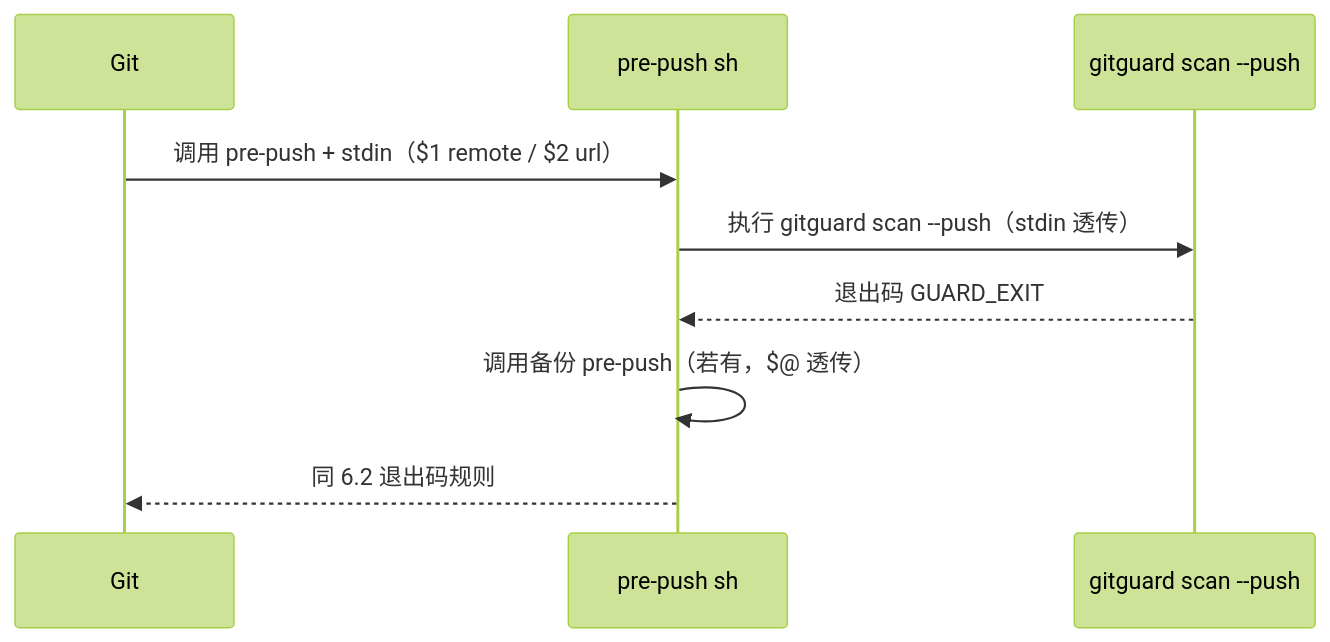
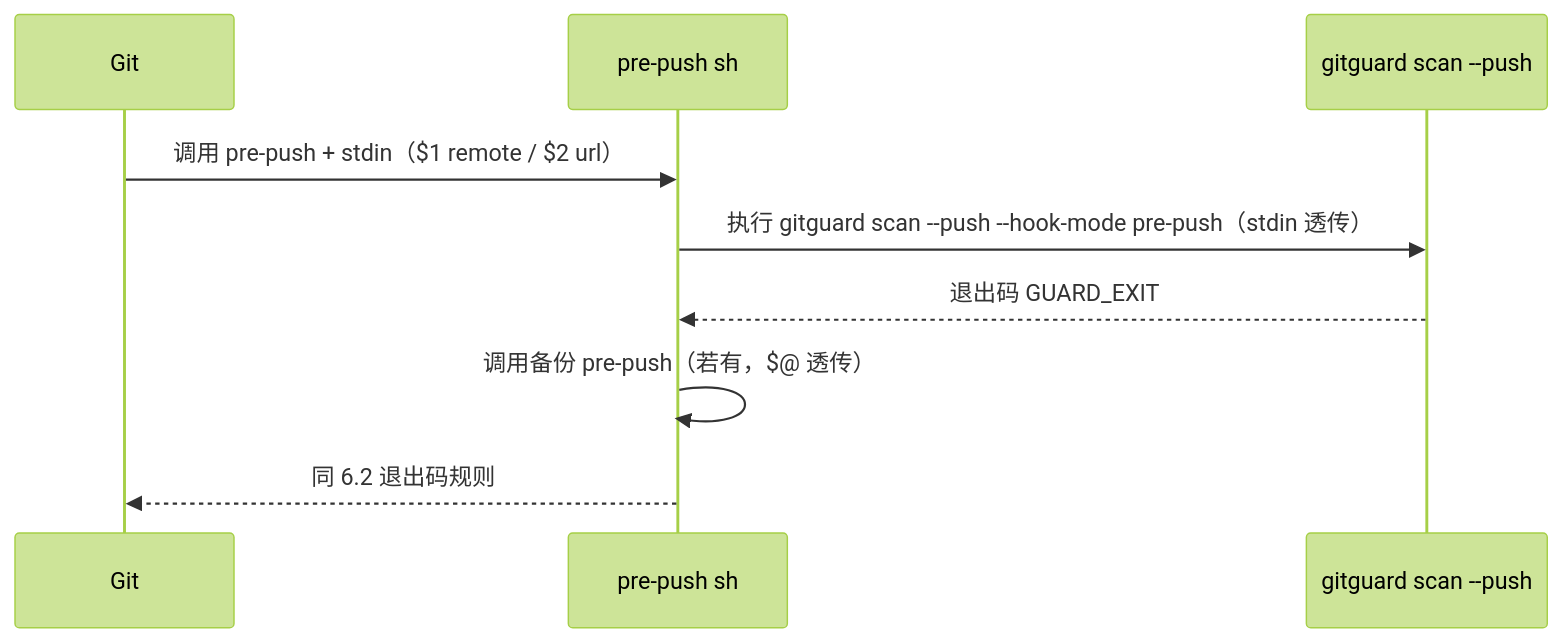
One commit to Camefor/GitGuard changed the third of 4 diagrams in docs/模块设计/Hook.md. Above: the diagram before and after it, drawn with Mermaid (forest theme). The commit also changed other lines of this file and 23 other files, not shown here.

````diff
--- a/docs/模块设计/Hook.md
+++ b/docs/模块设计/Hook.md
@@ -130,11 +132,11 @@
 ```mermaid
 sequenceDiagram
     participant Git
     participant Hook as pre-push sh
     participant CLI as gitguard scan --push
     Git->>Hook: 调用 pre-push + stdin（$1 remote / $2 url）
-    Hook->>CLI: 执行 gitguard scan --push（stdin 透传）
+    Hook->>CLI: 执行 gitguard scan --push --hook-mode pre-push（stdin 透传）
     CLI-->>Hook: 退出码 GUARD_EXIT
     Hook->>Hook: 调用备份 pre-push（若有，$@ 透传）
     Hook-->>Git: 同 6.2 退出码规则
 ```
````
